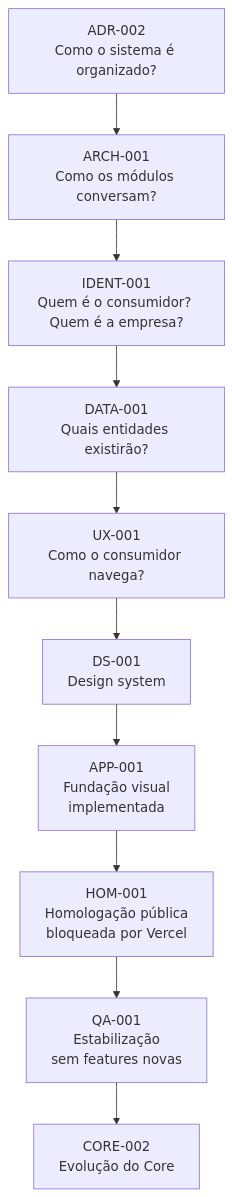
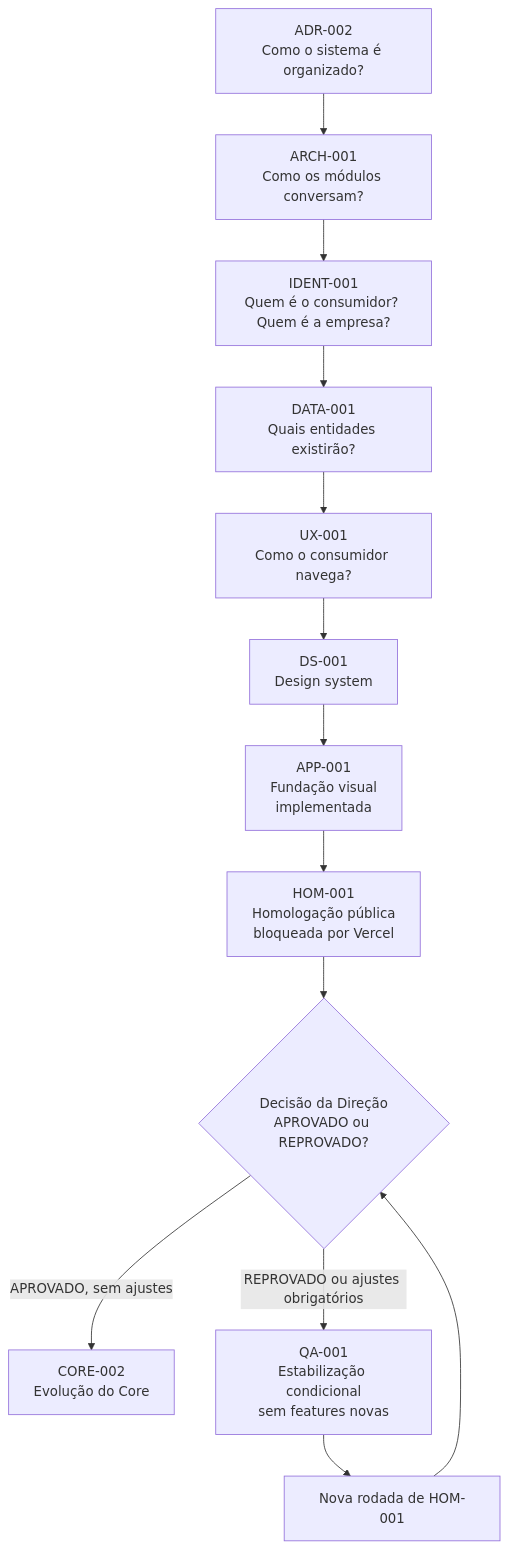
The diagram in PROJECT-ROADMAP.md (BrightEcosystem/Bright-Platform), drawn with Mermaid before and after one commit. The commit also changed other lines of this file and 1 other file, not shown here.

First line of the commit message:
docs: adiciona gate de decisao entre HOM-001 e QA-001

````diff
--- a/PROJECT-ROADMAP.md
+++ b/PROJECT-ROADMAP.md
@@ -33,12 +34,15 @@
 ```mermaid
 graph TD
     ADR002[ADR-002<br/>Como o sistema é organizado?] --> ARCH001[ARCH-001<br/>Como os módulos conversam?]
     ARCH001 --> IDENT001[IDENT-001<br/>Quem é o consumidor? Quem é a empresa?]
     IDENT001 --> DATA001[DATA-001<br/>Quais entidades existirão?]
     DATA001 --> UX001[UX-001<br/>Como o consumidor navega?]
     UX001 --> DS001[DS-001<br/>Design system]
     DS001 --> APP001[APP-001<br/>Fundação visual<br/>implementada]
     APP001 --> HOM001[HOM-001<br/>Homologação pública<br/>bloqueada por Vercel]
-    HOM001 --> QA001[QA-001<br/>Estabilização<br/>sem features novas]
-    QA001 --> CORE002[CORE-002<br/>Evolução do Core]
+    HOM001 --> GATE{Decisão da Direção<br/>APROVADO ou REPROVADO?}
+    GATE -->|APROVADO, sem ajustes| CORE002[CORE-002<br/>Evolução do Core]
+    GATE -->|REPROVADO ou ajustes obrigatórios| QA001[QA-001<br/>Estabilização condicional<br/>sem features novas]
+    QA001 --> HOM001B[Nova rodada de HOM-001]
+    HOM001B --> GATE
 ```
````
